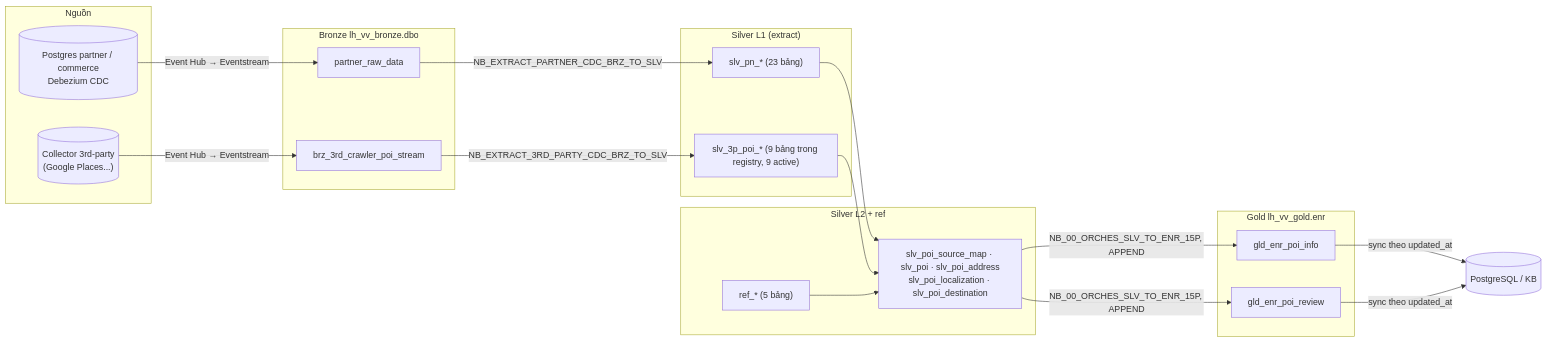
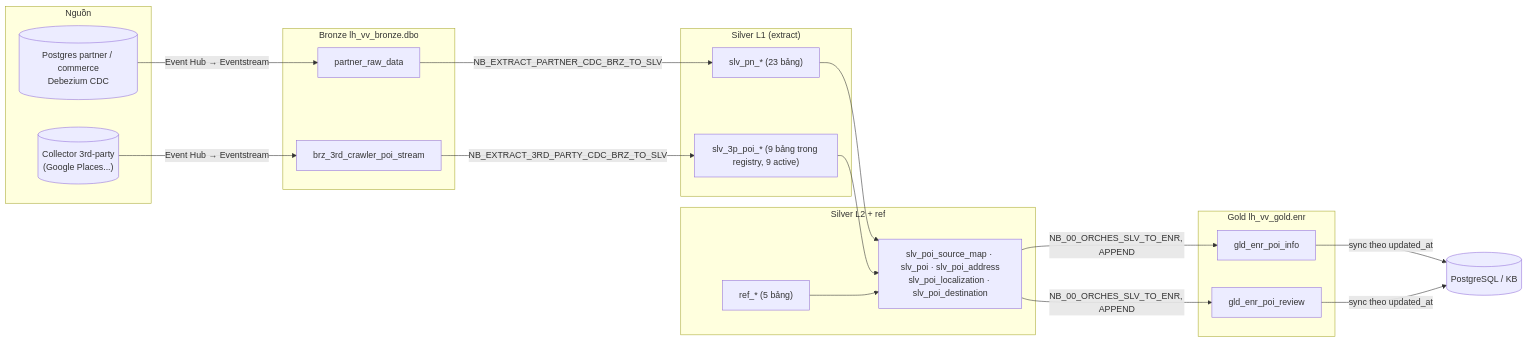
One commit to iamhuybach/SunGrp_VSVN changed the diagram in docs/context/01_DATA_MODEL.md. Above: the diagram before and after it, drawn with Mermaid. The commit also changed other lines of this file and 36 other files, not shown here.

````diff
--- a/docs/context/01_DATA_MODEL.md
+++ b/docs/context/01_DATA_MODEL.md
@@ -38,32 +38,32 @@
 ```mermaid
 flowchart LR
   subgraph SRC["Nguồn"]
     PG[("Postgres partner / commerce<br/>Debezium CDC")]
     CR[("Collector 3rd-party<br/>(Google Places...)")]
   end
   subgraph BRZ["Bronze lh_vv_bronze.dbo"]
     R1["partner_raw_data"]
     R2["brz_3rd_crawler_poi_stream"]
   end
   subgraph L1["Silver L1 (extract)"]
     PN["slv_pn_* (23 bảng)"]
     P3["slv_3p_poi_* (9 bảng trong registry, 9 active)"]
   end
   subgraph L2["Silver L2 + ref"]
     N["slv_poi_source_map · slv_poi · slv_poi_address<br/>slv_poi_localization · slv_poi_destination"]
     RF["ref_* (5 bảng)"]
   end
   subgraph G["Gold lh_vv_gold.enr"]
     GI["gld_enr_poi_info"]
     GV["gld_enr_poi_review"]
   end
   PG -->|Event Hub → Eventstream| R1
   CR -->|Event Hub → Eventstream| R2
   R1 -->|NB_EXTRACT_PARTNER_CDC_BRZ_TO_SLV| PN
   R2 -->|NB_EXTRACT_3RD_PARTY_CDC_BRZ_TO_SLV| P3
   PN --> N
   P3 --> N
   RF --> N
-  N -->|NB_00_ORCHES_SLV_TO_ENR_15P, APPEND| GI & GV
+  N -->|NB_00_ORCHES_SLV_TO_ENR, APPEND| GI & GV
   GI & GV -->|sync theo updated_at| OUT[("PostgreSQL / KB")]
 ```
````
